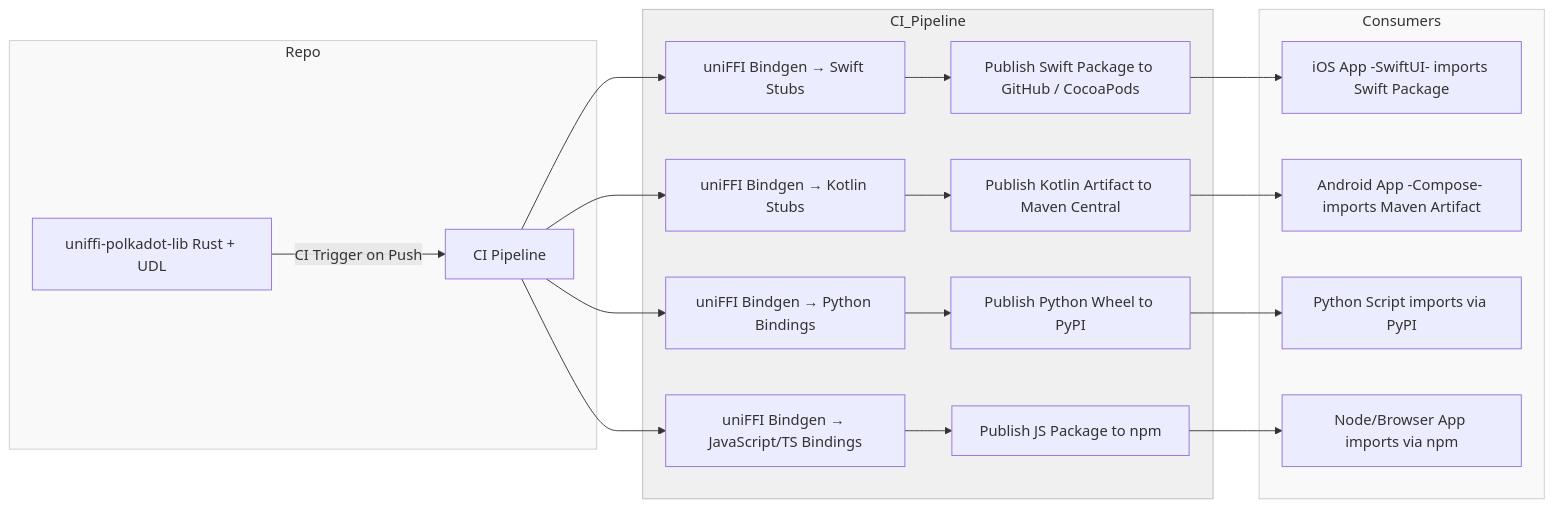
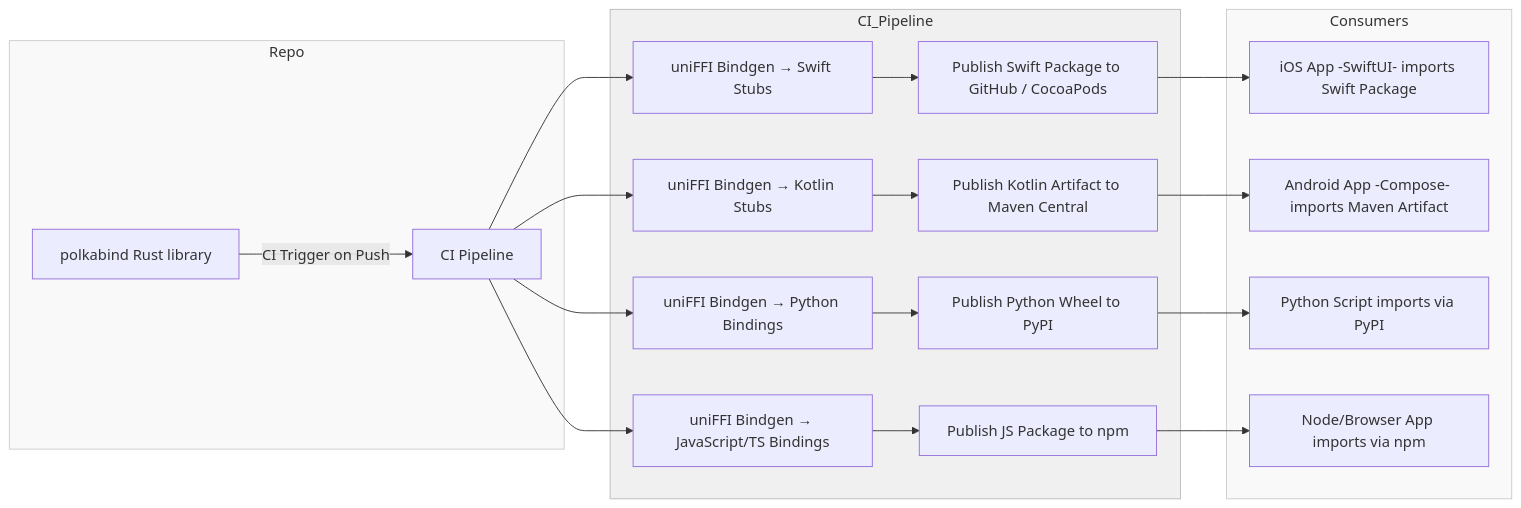
Before and after one commit to wassimans/polkabind: the diagram in README.md, drawn with Mermaid. The commit also changed other lines of this file, not shown here.

Commit message:
Update flowchart

````diff
--- a/README.md
+++ b/README.md
@@ -15,29 +15,29 @@
 ```mermaid
 flowchart LR
   subgraph Repo
-    A[uniffi-polkadot-lib Rust + UDL] 
+    A[polkabind Rust library] 
     A -->|CI Trigger on Push| B[CI Pipeline]
   end
 
   subgraph CI_Pipeline
     B --> C1[uniFFI Bindgen → Swift Stubs]
     B --> C2[uniFFI Bindgen → Kotlin Stubs]
     B --> C3[uniFFI Bindgen → Python Bindings]
     B --> C4[uniFFI Bindgen → JavaScript/TS Bindings]
     C1 --> D1[Publish Swift Package to GitHub / CocoaPods]
     C2 --> D2[Publish Kotlin Artifact to Maven Central]
     C3 --> D3[Publish Python Wheel to PyPI]
     C4 --> D4[Publish JS Package to npm]
   end
 
   subgraph Consumers
     D1 --> E1[iOS App -SwiftUI- imports Swift Package]
     D2 --> E2[Android App -Compose- imports Maven Artifact]
     D3 --> E3[Python Script imports via PyPI]
     D4 --> E4[Node/Browser App imports via npm]
   end
 
   style Repo fill:#f9f9f9,stroke:#ccc
   style CI_Pipeline fill:#f0f0f0,stroke:#bbb
   style Consumers fill:#f9f9f9,stroke:#ccc
   ```
````
